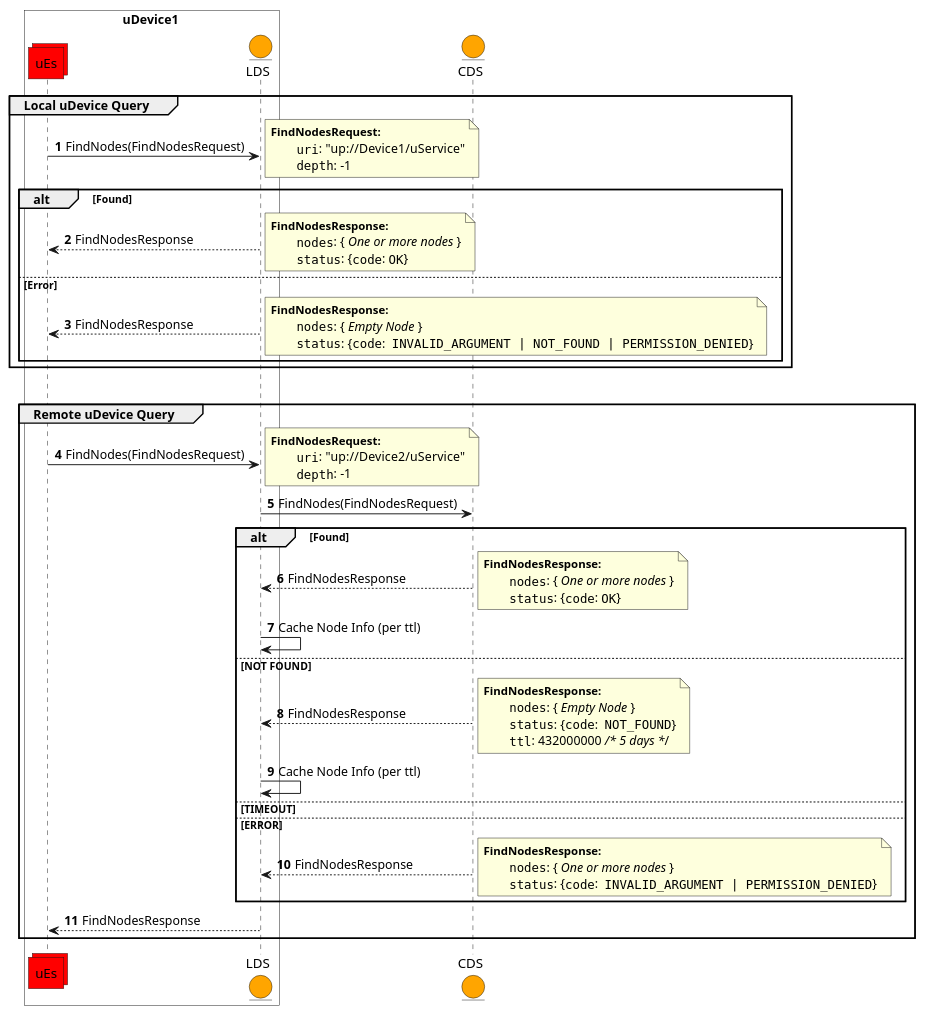
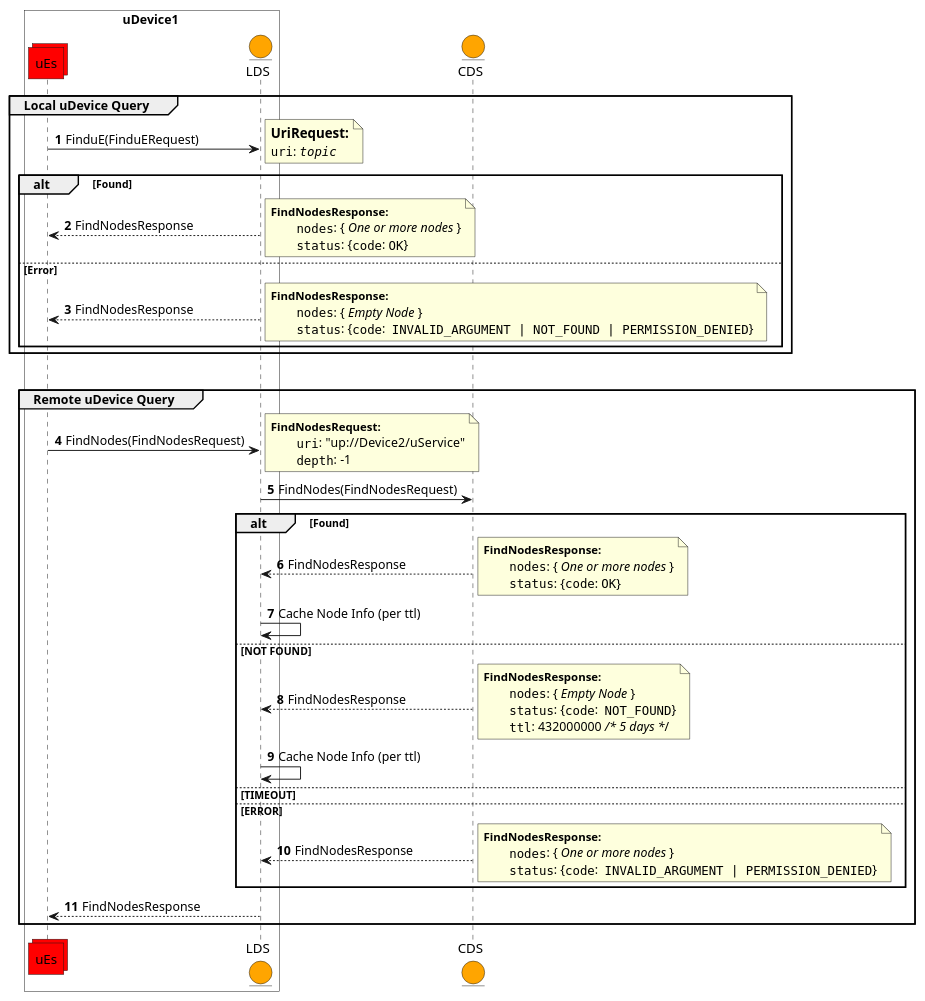
Before and after one commit to eclipse-uprotocol/up-spec: the diagram in up-l3/udiscovery/v3/find_node.puml, drawn with PlantUML. The commit also changed 3 other files, not shown here.

```diff
--- a/up-l3/udiscovery/v3/find_node.puml
+++ b/up-l3/udiscovery/v3/find_node.puml
@@ -1,101 +1,101 @@
 @startuml
 'https://plantuml.com/sequence-diagram
 
 ' Copyright (c) 2023 General Motors GTO LLC
 '
 ' Licensed to the Apache Software Foundation (ASF) under one
 ' or more contributor license agreements.  See the NOTICE file
 ' distributed with this work for additional information
 ' regarding copyright ownership.  The ASF licenses this file
 ' to you under the Apache License, Version 2.0 (the
 ' "License"); you may not use this file except in compliance
 ' with the License.  You may obtain a copy of the License at
 '
 '  http://www.apache.org/licenses/LICENSE-2.0
 '
 ' Unless required by applicable law or agreed to in writing,
 ' software distributed under the License is distributed on an
 ' "AS IS" BASIS, WITHOUT WARRANTIES OR CONDITIONS OF ANY
 ' KIND, either express or implied.  See the License for the
 ' specific language governing permissions and limitations
 ' under the License.
 '
 ' SPDX-FileCopyrightText: 2023 General Motors GTO LLC
 ' SPDX-FileType: SOURCE
 ' SPDX-License-Identifier: Apache-2.0
 
 
 autonumber
 
 box uDevice1 #white
 	Collections uEs #red
 	entity LDS #orange
 end box
 entity CDS #orange
 
 group Local uDevice Query
-	uEs -> LDS: FindNodes(FindNodesRequest)
+	uEs -> LDS: FinduE(FinduERequest)
   	note right
-	<size:12>**FindNodesRequest:**</size>
-		""uri"":  "up://Device1/uService"
-		""depth"": -1
+			<size:14>**UriRequest:**</size>
+			""uri"": ""//topic//""
 	end note
+	
 	alt Found
 		LDS --> uEs: FindNodesResponse
 		note right
 		<size:12>**FindNodesResponse:**</size>
 			""nodes"": { //One or more nodes// }
 			""status"": {""code"": ""OK""}
 		end note
 	else Error
  		LDS --> uEs: FindNodesResponse
 		note right
 		<size:12>**FindNodesResponse:**</size>
 			""nodes"": { //Empty Node// }
 			""status"": {""code"":  ""INVALID_ARGUMENT | NOT_FOUND | PERMISSION_DENIED""}
 		end note
   end alt
 end
 |||
 group Remote uDevice Query
 	uEs -> LDS: FindNodes(FindNodesRequest)
 	note right
 	<size:12>**FindNodesRequest:**</size>
 		""uri"":  "up://Device2/uService"
 		""depth"": -1
 	end note
 	LDS -> CDS: FindNodes(FindNodesRequest)
  	alt Found
 		CDS --> LDS: FindNodesResponse
 		note right
 		<size:12>**FindNodesResponse:**</size>
 			""nodes"": { //One or more nodes// }
 			""status"": {""code"": ""OK""}
 		end note
 		LDS -> LDS: Cache Node Info (per ttl)
 	else NOT FOUND
   		CDS --> LDS: FindNodesResponse
 		note right
 		<size:12>**FindNodesResponse:**</size>
 			""nodes"": { //Empty Node// }
 			""status"": {""code"":  ""NOT_FOUND""}
 			""ttl"": 432000000 ///* 5 days *///
 		end note
 		LDS -> LDS: Cache Node Info (per ttl)
 	else TIMEOUT
  		note right
 		<size:12>**FindNodesResponse:**</size>
 			""nodes"": { //Empty Node// }
 			""status"": {""code"":  ""DEADLINE_EXCEEDED""}
 		end note
  	else ERROR
  		CDS --> LDS: FindNodesResponse
 		note right
 		<size:12>**FindNodesResponse:**</size>
 			""nodes"": { //One or more nodes// }
 			""status"": {""code"":  ""INVALID_ARGUMENT | PERMISSION_DENIED""}
 		end note
   	end alt
 	LDS --> uEs: FindNodesResponse
 end
 @enduml
```
